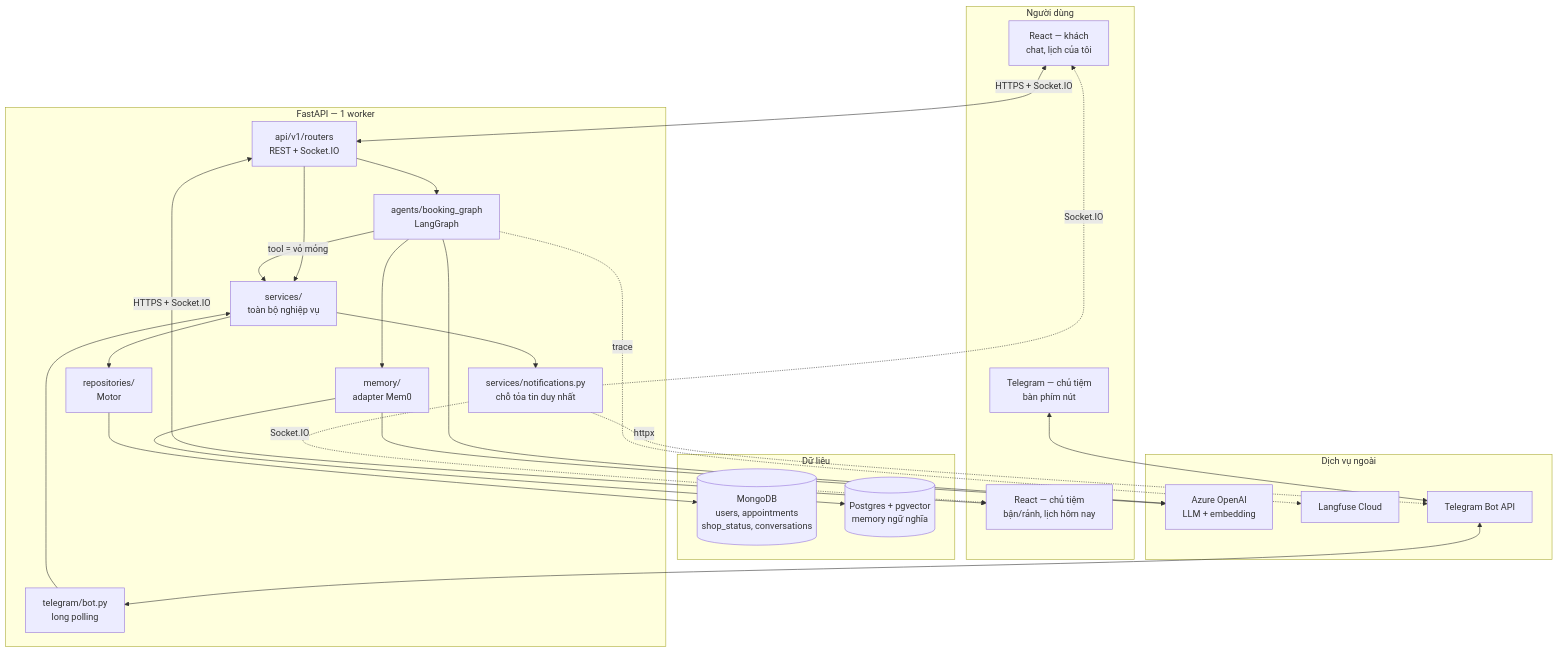
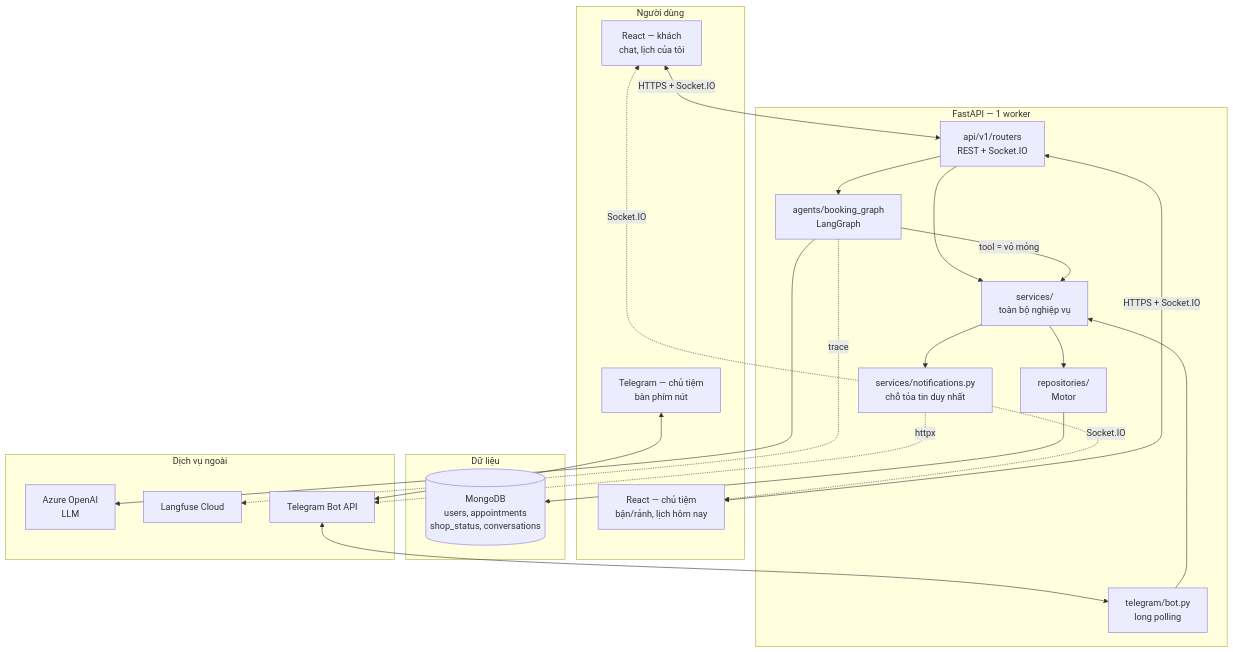
Before and after one commit to BuiHenry1404/salona-booking: the first of 4 diagrams in docs/superpowers/specs/2026-08-06-booking-nail-toc/01-architecture.md, drawn with Mermaid. The commit also changed other lines of this file and 22 other files, not shown here.

````diff
--- a/docs/superpowers/specs/2026-08-06-booking-nail-toc/01-architecture.md
+++ b/docs/superpowers/specs/2026-08-06-booking-nail-toc/01-architecture.md
@@ -44,53 +41,48 @@
 ```mermaid
 flowchart TB
     subgraph client["Người dùng"]
         WEB["React — khách<br/>chat, lịch của tôi"]
         ADM["React — chủ tiệm<br/>bận/rảnh, lịch hôm nay"]
         TG["Telegram — chủ tiệm<br/>bàn phím nút"]
     end
 
     subgraph api["FastAPI — 1 worker"]
         R["api/v1/routers<br/>REST + Socket.IO"]
         BOT["telegram/bot.py<br/>long polling"]
         AG["agents/booking_graph<br/>LangGraph"]
-        MEM["memory/<br/>adapter Mem0"]
         SVC["services/<br/>toàn bộ nghiệp vụ"]
         NOTIF["services/notifications.py<br/>chỗ tỏa tin duy nhất"]
         REPO["repositories/<br/>Motor"]
     end
 
     subgraph data["Dữ liệu"]
         MG[("MongoDB<br/>users, appointments<br/>shop_status, conversations")]
-        PG[("Postgres + pgvector<br/>memory ngữ nghĩa")]
     end
 
     subgraph ext["Dịch vụ ngoài"]
-        AZ["Azure OpenAI<br/>LLM + embedding"]
+        AZ["Azure OpenAI<br/>LLM"]
         LF["Langfuse Cloud"]
         TGAPI["Telegram Bot API"]
     end
 
     WEB <-->|HTTPS + Socket.IO| R
     ADM <-->|HTTPS + Socket.IO| R
     TG <--> TGAPI
     TGAPI <--> BOT
 
     R --> AG
     R --> SVC
     BOT --> SVC
 
     AG -->|"tool = vỏ mỏng"| SVC
-    AG --> MEM
     AG --> AZ
     AG -.->|trace| LF
 
     SVC --> REPO
     SVC --> NOTIF
     REPO --> MG
-    MEM --> PG
-    MEM --> AZ
 
     NOTIF -.->|Socket.IO| ADM
     NOTIF -.->|Socket.IO| WEB
     NOTIF -.->|httpx| TGAPI
 ```
````
